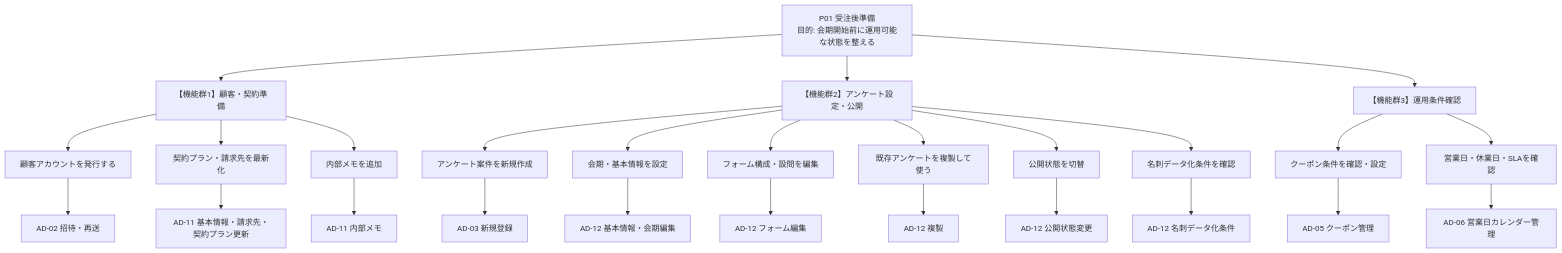
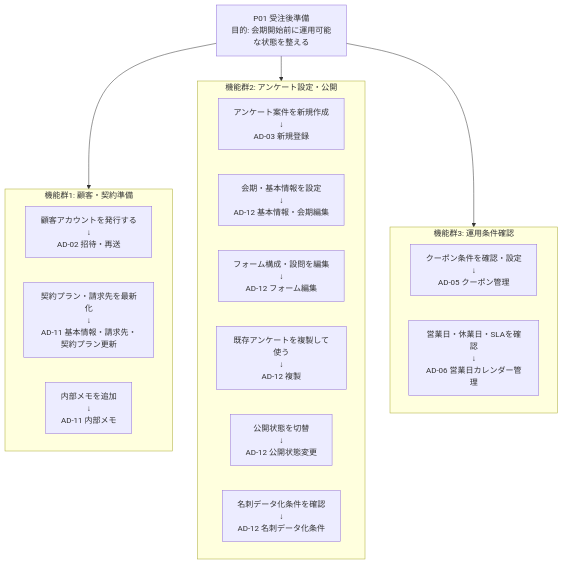
One commit to AbroadUmedaShota/SPPED-AD-TEST changed the second of 7 diagrams in docs/リライト版仕様書/admin/26_admin_function_genre_inventory.md. Above: the diagram before and after it, drawn with Mermaid. The commit also changed other lines of this file, not shown here.

````diff
--- a/docs/リライト版仕様書/admin/26_admin_function_genre_inventory.md
+++ b/docs/リライト版仕様書/admin/26_admin_function_genre_inventory.md
@@ -101,41 +101,28 @@
 ```mermaid
 flowchart TB
     Phase["P01 受注後準備<br/>目的: 会期開始前に運用可能な状態を整える"]
 
-    Phase --> F1["【機能群1】顧客・契約準備"]
-    Phase --> F2["【機能群2】アンケート設定・公開"]
-    Phase --> F3["【機能群3】運用条件確認"]
+    subgraph G1["機能群1: 顧客・契約準備"]
+      N1A["顧客アカウントを発行する<br/>↓<br/>AD-02 招待・再送"]
+      N1B["契約プラン・請求先を最新化<br/>↓<br/>AD-11 基本情報・請求先・契約プラン更新"]
+      N1C["内部メモを追加<br/>↓<br/>AD-11 内部メモ"]
+    end
 
-    F1 --> W1A["顧客アカウントを発行する"]
-    W1A --> H1A["AD-02 招待・再送"]
+    subgraph G2["機能群2: アンケート設定・公開"]
+      N2A["アンケート案件を新規作成<br/>↓<br/>AD-03 新規登録"]
+      N2B["会期・基本情報を設定<br/>↓<br/>AD-12 基本情報・会期編集"]
+      N2C["フォーム構成・設問を編集<br/>↓<br/>AD-12 フォーム編集"]
+      N2D["既存アンケートを複製して使う<br/>↓<br/>AD-12 複製"]
+      N2E["公開状態を切替<br/>↓<br/>AD-12 公開状態変更"]
+      N2F["名刺データ化条件を確認<br/>↓<br/>AD-12 名刺データ化条件"]
+    end
 
-    F1 --> W1B["契約プラン・請求先を最新化"]
-    W1B --> H1B["AD-11 基本情報・請求先・契約プラン更新"]
+    subgraph G3["機能群3: 運用条件確認"]
+      N3A["クーポン条件を確認・設定<br/>↓<br/>AD-05 クーポン管理"]
+      N3B["営業日・休業日・SLAを確認<br/>↓<br/>AD-06 営業日カレンダー管理"]
+    end
 
-    F1 --> W1C["内部メモを追加"]
-    W1C --> H1C["AD-11 内部メモ"]
-
-    F2 --> W2A["アンケート案件を新規作成"]
-    W2A --> H2A["AD-03 新規登録"]
-
-    F2 --> W2B["会期・基本情報を設定"]
-    W2B --> H2B["AD-12 基本情報・会期編集"]
-
-    F2 --> W2C["フォーム構成・設問を編集"]
-    W2C --> H2C["AD-12 フォーム編集"]
-
-    F2 --> W2D["既存アンケートを複製して使う"]
-    W2D --> H2D["AD-12 複製"]
-
-    F2 --> W2E["公開状態を切替"]
-    W2E --> H2E["AD-12 公開状態変更"]
-
-    F2 --> W2F["名刺データ化条件を確認"]
-    W2F --> H2F["AD-12 名刺データ化条件"]
-
-    F3 --> W3A["クーポン条件を確認・設定"]
-    W3A --> H3A["AD-05 クーポン管理"]
-
-    F3 --> W3B["営業日・休業日・SLAを確認"]
-    W3B --> H3B["AD-06 営業日カレンダー管理"]
+    Phase --> G1
+    Phase --> G2
+    Phase --> G3
 ```
````
